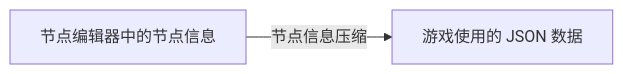
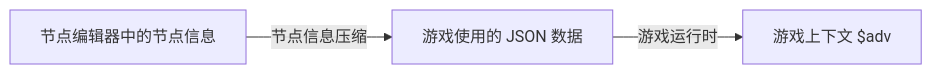
One commit to YunYouJun/advjs changed the diagram in docs/guide/editor/flow.md. Above: the diagram before and after it, drawn with Mermaid. The commit also changed other lines of this file and 129 other files, not shown here.

Commit message:
feat(editor): flow nodes/edges load & basic style & support custom menu client logic

````diff
--- a/docs/guide/editor/flow.md
+++ b/docs/guide/editor/flow.md
@@ -125,4 +125,5 @@
 ```mermaid
 flowchart LR
   source["节点编辑器中的节点信息"] --节点信息压缩--> published["游戏使用的 JSON 数据"]
+  published --游戏运行时--> runtime["游戏上下文 $adv"]
 ```
````
